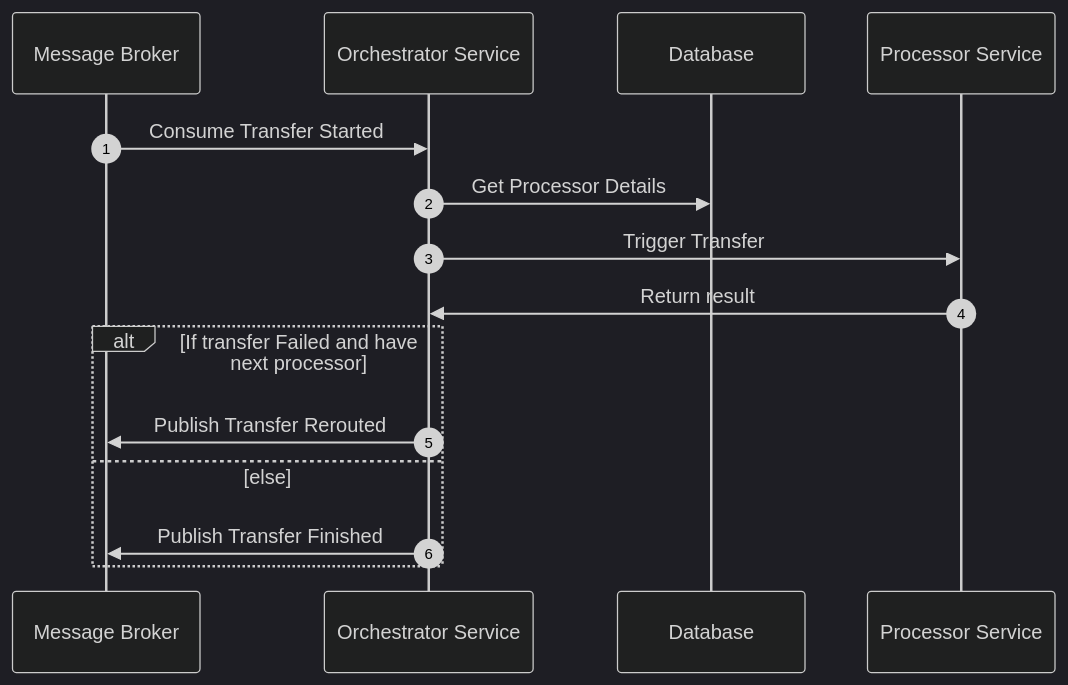
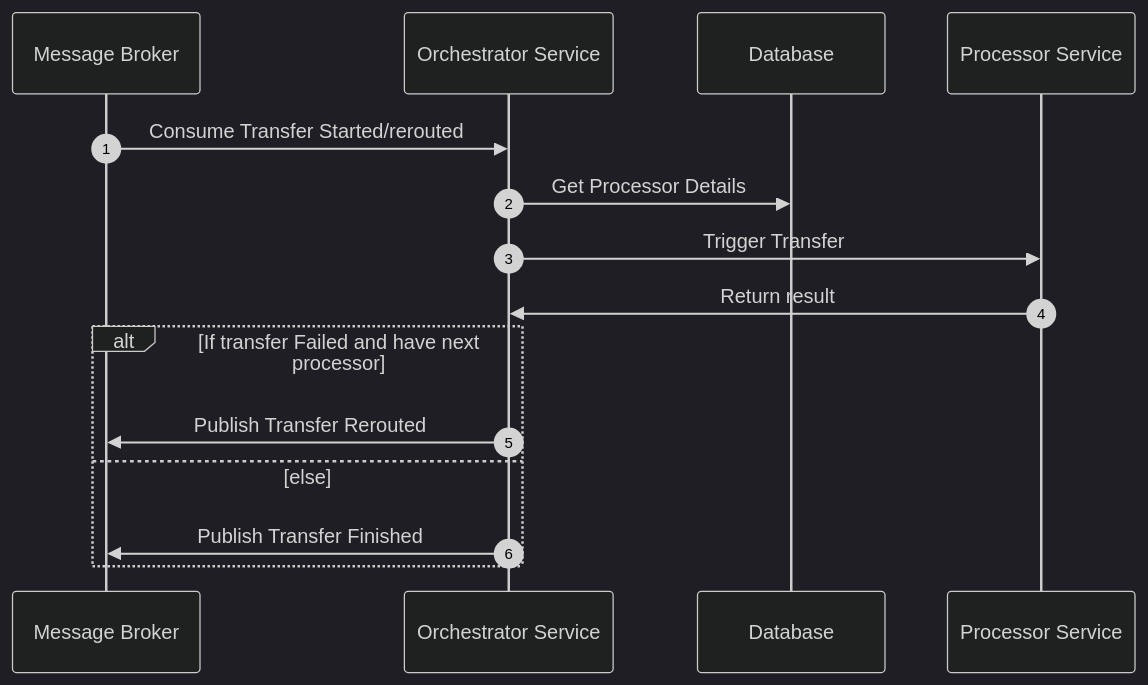
The third of 4 diagrams in docs/SystemDesign/payout.md (fbriansyah/go-payment-gateway), drawn with Mermaid (dark theme) before and after one commit. The commit also changed other lines of this file, not shown here.

Commit message:
update trigger transfer

````diff
--- a/docs/SystemDesign/payout.md
+++ b/docs/SystemDesign/payout.md
@@ -48,18 +48,18 @@
 ```mermaid
 sequenceDiagram
   autonumber
 	participant MB as Message Broker
 	participant OC as Orchestrator Service
 	participant DB as Database
 	participant PC as Processor Service
 
-	MB ->> OC: Consume Transfer Started
+	MB ->> OC: Consume Transfer Started/rerouted
 	OC ->> DB: Get Processor Details
 	OC ->> PC: Trigger Transfer
 	PC ->> OC: Return result
 	alt If transfer Failed and have next processor
 	  OC ->> MB: Publish Transfer Rerouted
 	else else
 		OC ->> MB: Publish Transfer Finished
 	end
 ```
````
